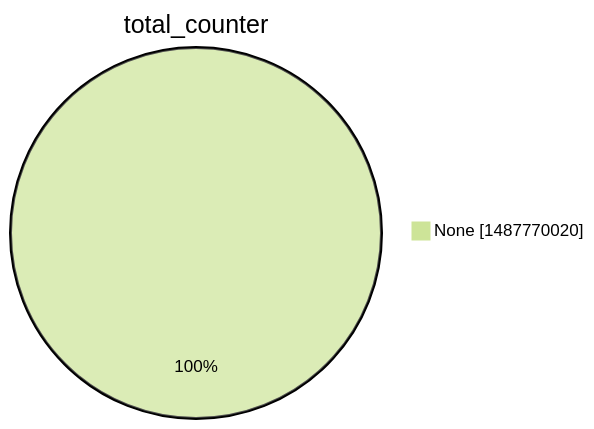
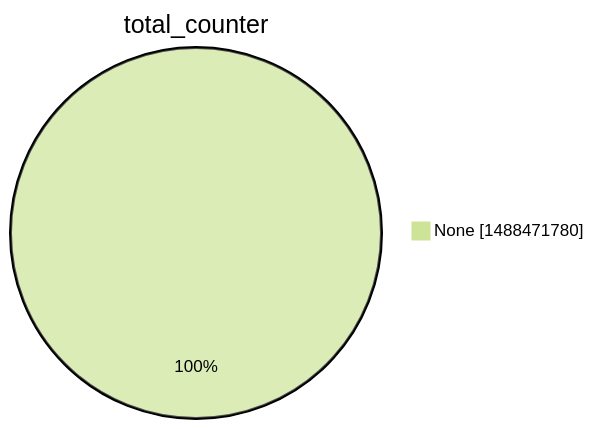
Before and after one commit to christiankrug/ctmonitor_visualization: the second of 15 diagrams in argon2022/README.md, drawn with Mermaid (forest theme). The commit also changed other lines of this file, not shown here.

````diff
--- a/argon2022/README.md
+++ b/argon2022/README.md
@@ -9,5 +9,5 @@
 ```mermaid
 pie showData
 title total_counter
-"None" :1487770020
+"None" :1488471780
 ```
````
